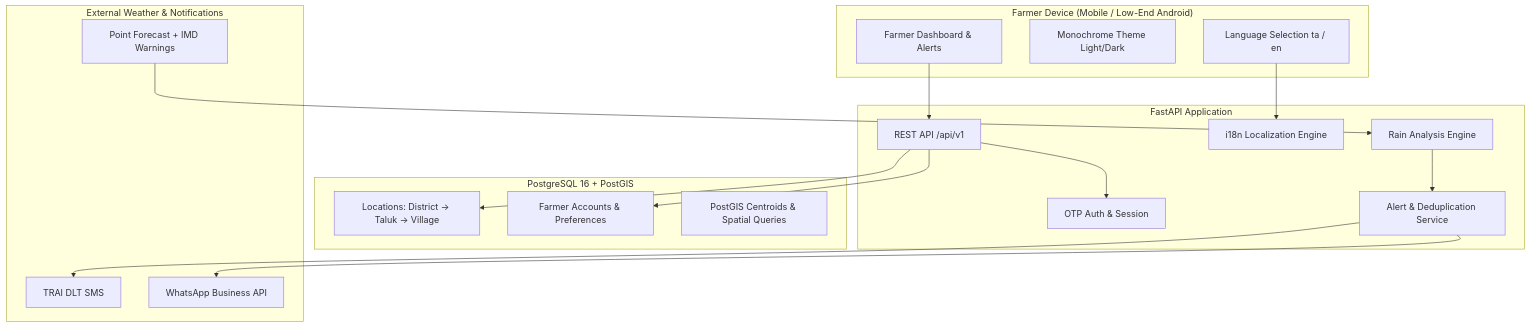
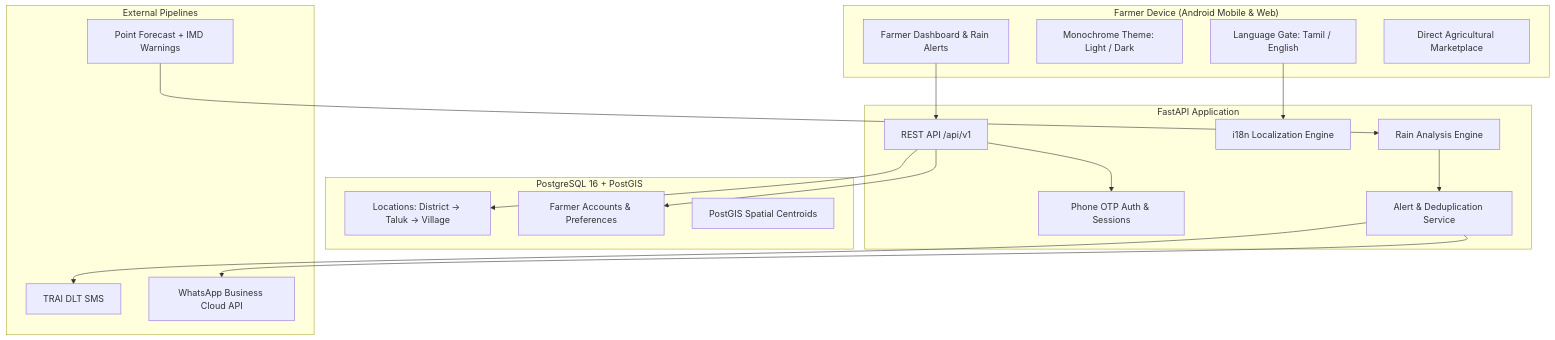
The diagram in README.md (PraveenM-6124/Tn-farmer-rain-alert), drawn with Mermaid before and after one commit. The commit also changed other lines of this file, not shown here.

````diff
--- a/README.md
+++ b/README.md
@@ -29,38 +37,39 @@
 ```mermaid
 flowchart TD
-    subgraph Client ["Farmer Device (Mobile / Low-End Android)"]
-        UI_LANG[Language Selection ta / en]
-        UI_THEME[Monochrome Theme Light/Dark]
-        UI_DASH[Farmer Dashboard & Alerts]
+    subgraph Client ["Farmer Device (Android Mobile & Web)"]
+        UI_LANG[Language Gate: Tamil / English]
+        UI_THEME[Monochrome Theme: Light / Dark]
+        UI_DASH[Farmer Dashboard & Rain Alerts]
+        UI_MKT[Direct Agricultural Marketplace]
     end
 
     subgraph Backend ["FastAPI Application"]
         API[REST API /api/v1]
         I18N[i18n Localization Engine]
-        AUTH[OTP Auth & Session]
+        AUTH[Phone OTP Auth & Sessions]
         RAIN[Rain Analysis Engine]
         ALERT[Alert & Deduplication Service]
     end
 
     subgraph Database ["PostgreSQL 16 + PostGIS"]
         LOC[Locations: District -> Taluk -> Village]
         FARMERS[Farmer Accounts & Preferences]
-        GEO[PostGIS Centroids & Spatial Queries]
+        GEO[PostGIS Spatial Centroids]
     end
 
-    subgraph Pipelines ["External Weather & Notifications"]
+    subgraph External ["External Pipelines"]
         WEATHER[Point Forecast + IMD Warnings]
         SMS[TRAI DLT SMS]
-        WA[WhatsApp Business API]
+        WA[WhatsApp Business Cloud API]
     end
 
     UI_LANG --> I18N
     UI_DASH --> API
     API --> AUTH
     API --> LOC
     API --> FARMERS
     WEATHER --> RAIN
     RAIN --> ALERT
     ALERT --> SMS
     ALERT --> WA
 ```
````
